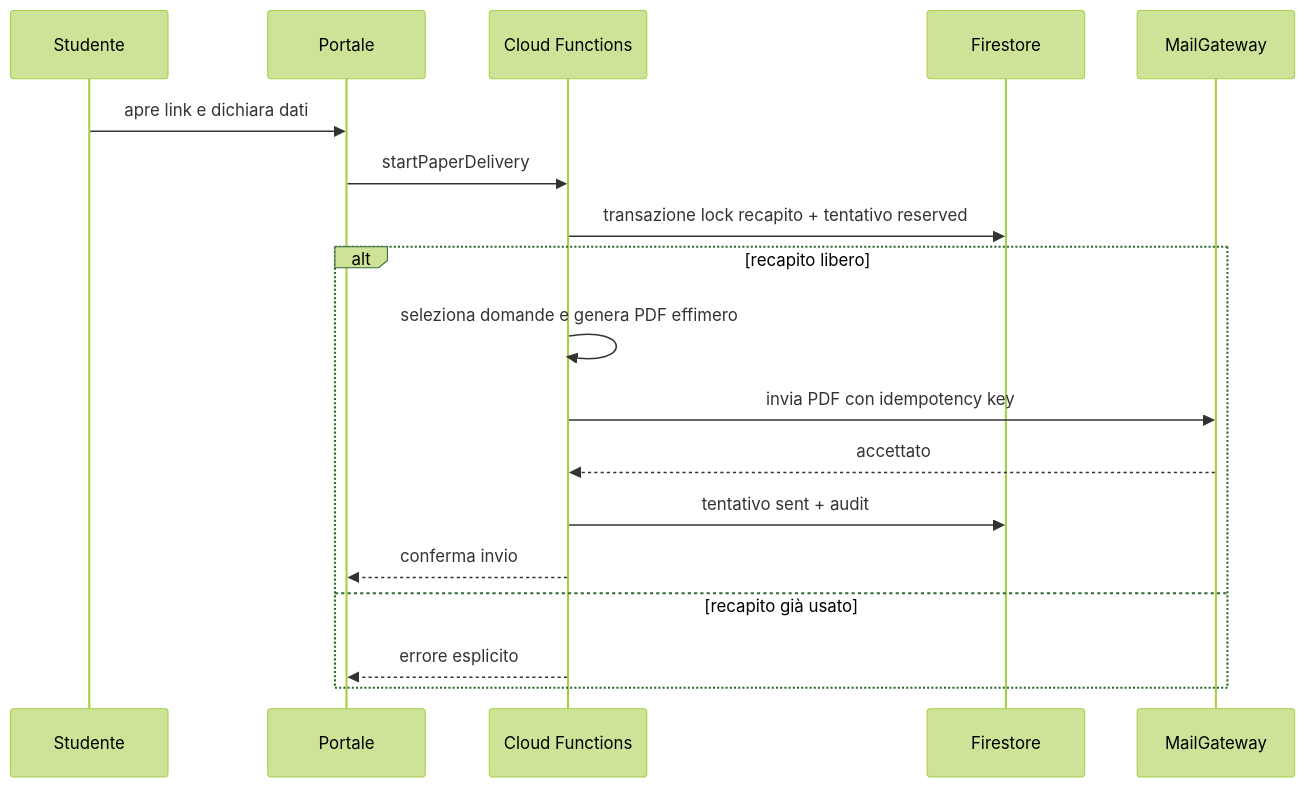
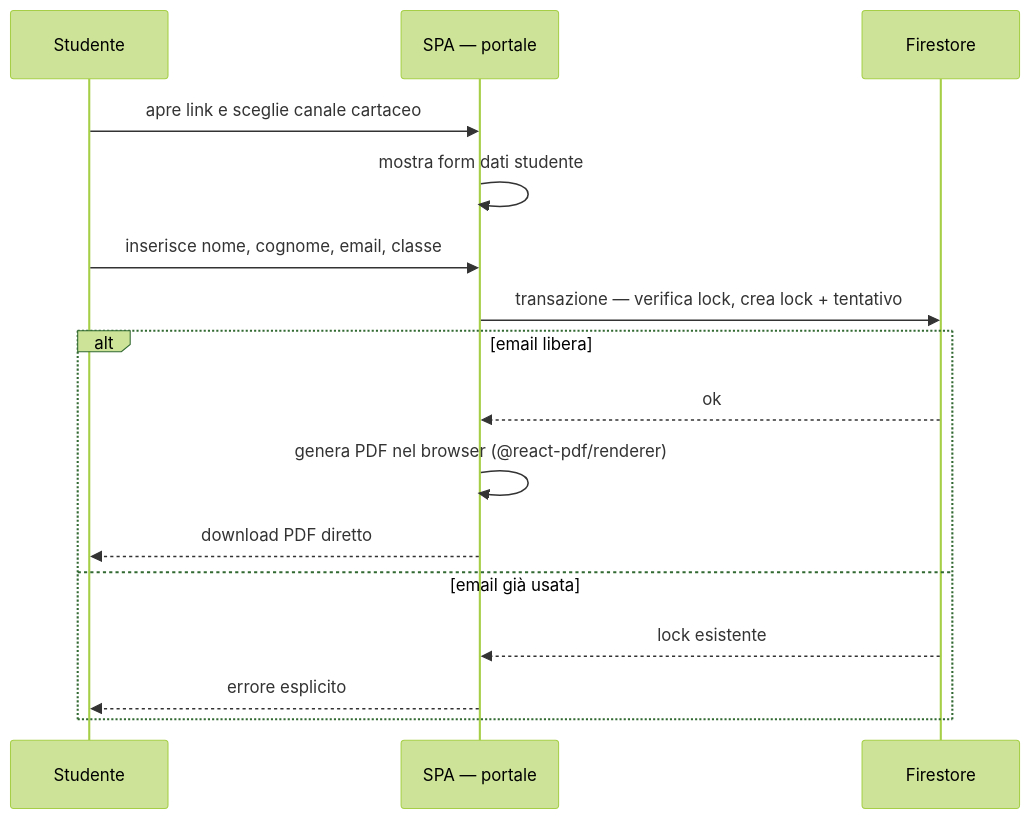
One commit to EnricoPaparo/SchoolForge changed the second of 3 diagrams in documentazione/architettura.md. Above: the diagram before and after it, drawn with Mermaid (forest theme). The commit also changed other lines of this file and 14 other files, not shown here.

````diff
--- a/documentazione/architettura.md
+++ b/documentazione/architettura.md
@@ -220,21 +242,19 @@
 ```mermaid
 sequenceDiagram
     participant S as Studente
-    participant P as Portale
-    participant B as Cloud Functions
+    participant SPA as SPA — portale
     participant F as Firestore
-    participant M as MailGateway
 
-    S->>P: apre link e dichiara dati
-    P->>B: startPaperDelivery
-    B->>F: transazione lock recapito + tentativo reserved
-    alt recapito libero
-        B->>B: seleziona domande e genera PDF effimero
-        B->>M: invia PDF con idempotency key
-        M-->>B: accettato
-        B->>F: tentativo sent + audit
-        B-->>P: conferma invio
-    else recapito già usato
-        B-->>P: errore esplicito
+    S->>SPA: apre link e sceglie canale cartaceo
+    SPA->>SPA: mostra form dati studente
+    S->>SPA: inserisce nome, cognome, email, classe
+    SPA->>F: transazione — verifica lock, crea lock + tentativo
+    alt email libera
+        F-->>SPA: ok
+        SPA->>SPA: genera PDF nel browser (@react-pdf/renderer)
+        SPA-->>S: download PDF diretto
+    else email già usata
+        F-->>SPA: lock esistente
+        SPA-->>S: errore esplicito
     end
 ```
````
